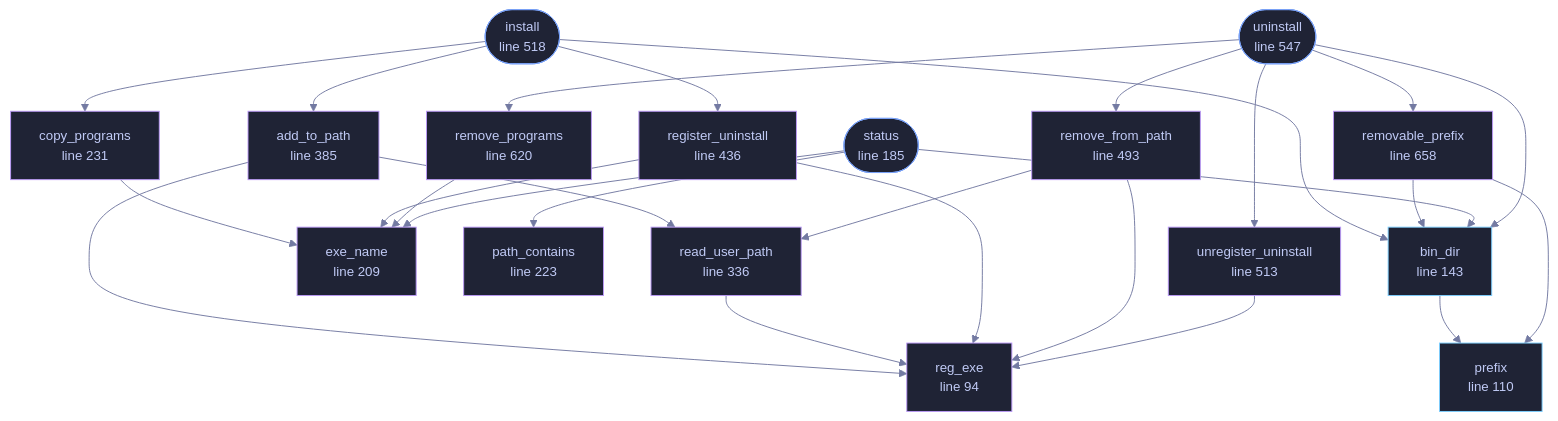
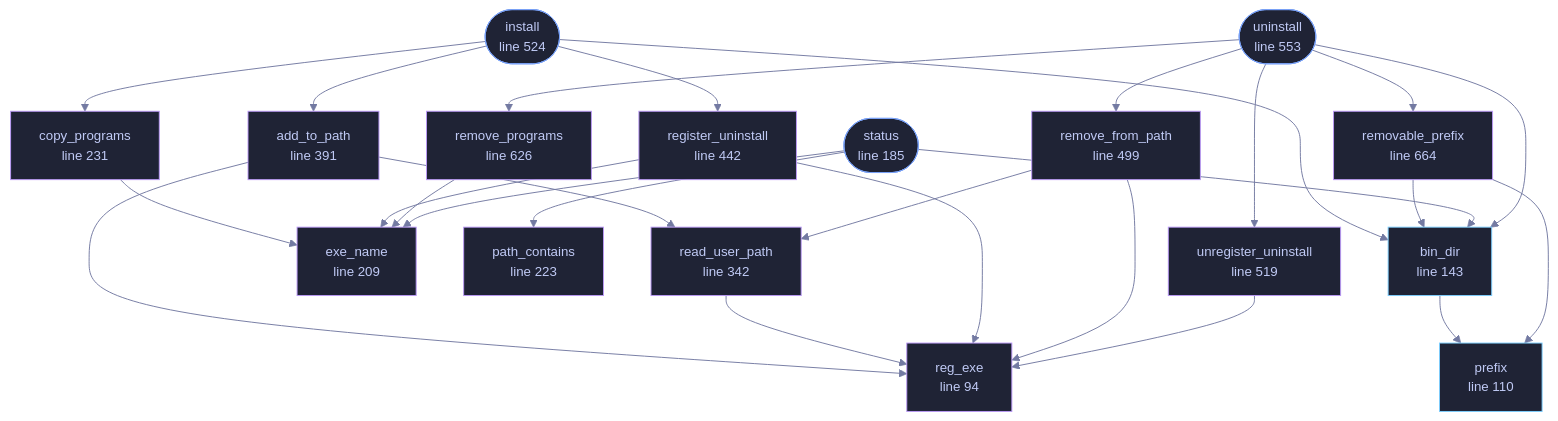
One commit to tilas01/veilvoice changed the diagram in docs/files/veilvoice-setup/install.md. Above: the diagram before and after it, drawn with Mermaid. The commit also changed other lines of this file and 85 other files, not shown here.

````diff
--- a/docs/files/veilvoice-setup/install.md
+++ b/docs/files/veilvoice-setup/install.md
@@ -131,75 +131,75 @@
 ```mermaid
 %%{init: {"theme":"base","themeVariables":{"background":"#1a1b26","primaryColor":"#1f2335","primaryTextColor":"#c0caf5","primaryBorderColor":"#7aa2f7","secondaryColor":"#16161e","tertiaryColor":"#16161e","lineColor":"#737aa2","textColor":"#c0caf5","mainBkg":"#1f2335","nodeBorder":"#7aa2f7","clusterBkg":"#16161e","clusterBorder":"#2f3549","fontFamily":"ui-monospace, SFMono-Regular, Consolas, monospace","fontSize":"14px"}}}%%
 flowchart TD
     n_reg_exe["reg_exe<br/>line 94"]
     n_prefix["prefix<br/>line 110"]
     n_bin_dir["bin_dir<br/>line 143"]
     n_status(["status<br/>line 185"])
     n_exe_name["exe_name<br/>line 209"]
     n_path_contains["path_contains<br/>line 223"]
     n_copy_programs["copy_programs<br/>line 231"]
     n_add_to_path["add_to_path<br/>line 274"]
-    n_read_user_path["read_user_path<br/>line 336"]
-    n_add_to_path["add_to_path<br/>line 385"]
-    n_register_uninstall["register_uninstall<br/>line 395"]
-    n_register_uninstall["register_uninstall<br/>line 436"]
-    n_remove_from_path["remove_from_path<br/>line 447"]
-    n_remove_from_path["remove_from_path<br/>line 493"]
-    n_unregister_uninstall["unregister_uninstall<br/>line 503"]
-    n_unregister_uninstall["unregister_uninstall<br/>line 513"]
-    n_install(["install<br/>line 518"])
-    n_uninstall(["uninstall<br/>line 547"])
-    n_remove_programs["remove_programs<br/>line 620"]
-    n_removable_prefix["removable_prefix<br/>line 658"]
+    n_read_user_path["read_user_path<br/>line 342"]
+    n_add_to_path["add_to_path<br/>line 391"]
+    n_register_uninstall["register_uninstall<br/>line 401"]
+    n_register_uninstall["register_uninstall<br/>line 442"]
+    n_remove_from_path["remove_from_path<br/>line 453"]
+    n_remove_from_path["remove_from_path<br/>line 499"]
+    n_unregister_uninstall["unregister_uninstall<br/>line 509"]
+    n_unregister_uninstall["unregister_uninstall<br/>line 519"]
+    n_install(["install<br/>line 524"])
+    n_uninstall(["uninstall<br/>line 553"])
+    n_remove_programs["remove_programs<br/>line 626"]
+    n_removable_prefix["removable_prefix<br/>line 664"]
     n_add_to_path --> n_read_user_path
     n_add_to_path --> n_reg_exe
     n_bin_dir --> n_prefix
     n_copy_programs --> n_exe_name
     n_install --> n_add_to_path
     n_install --> n_bin_dir
     n_install --> n_copy_programs
     n_install --> n_register_uninstall
     n_read_user_path --> n_reg_exe
     n_register_uninstall --> n_exe_name
     n_register_uninstall --> n_reg_exe
     n_removable_prefix --> n_bin_dir
     n_removable_prefix --> n_prefix
     n_remove_from_path --> n_read_user_path
     n_remove_from_path --> n_reg_exe
     n_remove_programs --> n_exe_name
     n_status --> n_bin_dir
     n_status --> n_exe_name
     n_status --> n_path_contains
     n_uninstall --> n_bin_dir
     n_uninstall --> n_removable_prefix
     n_uninstall --> n_remove_from_path
     n_uninstall --> n_remove_programs
     n_uninstall --> n_unregister_uninstall
     n_unregister_uninstall --> n_reg_exe
     click n_reg_exe href "https://github.com/tilas01/veilvoice/blob/main/crates/veilvoice-setup/src/install.rs#L94" "open the source"
     click n_prefix href "https://github.com/tilas01/veilvoice/blob/main/crates/veilvoice-setup/src/install.rs#L110" "open the source"
     click n_bin_dir href "https://github.com/tilas01/veilvoice/blob/main/crates/veilvoice-setup/src/install.rs#L143" "open the source"
     click n_status href "https://github.com/tilas01/veilvoice/blob/main/crates/veilvoice-setup/src/install.rs#L185" "open the source"
     click n_exe_name href "https://github.com/tilas01/veilvoice/blob/main/crates/veilvoice-setup/src/install.rs#L209" "open the source"
     click n_path_contains href "https://github.com/tilas01/veilvoice/blob/main/crates/veilvoice-setup/src/install.rs#L223" "open the source"
     click n_copy_programs href "https://github.com/tilas01/veilvoice/blob/main/crates/veilvoice-setup/src/install.rs#L231" "open the source"
     click n_add_to_path href "https://github.com/tilas01/veilvoice/blob/main/crates/veilvoice-setup/src/install.rs#L274" "open the source"
-    click n_read_user_path href "https://github.com/tilas01/veilvoice/blob/main/crates/veilvoice-setup/src/install.rs#L336" "open the source"
-    click n_add_to_path href "https://github.com/tilas01/veilvoice/blob/main/crates/veilvoice-setup/src/install.rs#L385" "open the source"
-    click n_register_uninstall href "https://github.com/tilas01/veilvoice/blob/main/crates/veilvoice-setup/src/install.rs#L395" "open the source"
-    click n_register_uninstall href "https://github.com/tilas01/veilvoice/blob/main/crates/veilvoice-setup/src/install.rs#L436" "open the source"
-    click n_remove_from_path href "https://github.com/tilas01/veilvoice/blob/main/crates/veilvoice-setup/src/install.rs#L447" "open the source"
-    click n_remove_from_path href "https://github.com/tilas01/veilvoice/blob/main/crates/veilvoice-setup/src/install.rs#L493" "open the source"
-    click n_unregister_uninstall href "https://github.com/tilas01/veilvoice/blob/main/crates/veilvoice-setup/src/install.rs#L503" "open the source"
-    click n_unregister_uninstall href "https://github.com/tilas01/veilvoice/blob/main/crates/veilvoice-setup/src/install.rs#L513" "open the source"
-    click n_install href "https://github.com/tilas01/veilvoice/blob/main/crates/veilvoice-setup/src/install.rs#L518" "open the source"
-    click n_uninstall href "https://github.com/tilas01/veilvoice/blob/main/crates/veilvoice-setup/src/install.rs#L547" "open the source"
-    click n_remove_programs href "https://github.com/tilas01/veilvoice/blob/main/crates/veilvoice-setup/src/install.rs#L620" "open the source"
-    click n_removable_prefix href "https://github.com/tilas01/veilvoice/blob/main/crates/veilvoice-setup/src/install.rs#L658" "open the source"
+    click n_read_user_path href "https://github.com/tilas01/veilvoice/blob/main/crates/veilvoice-setup/src/install.rs#L342" "open the source"
+    click n_add_to_path href "https://github.com/tilas01/veilvoice/blob/main/crates/veilvoice-setup/src/install.rs#L391" "open the source"
+    click n_register_uninstall href "https://github.com/tilas01/veilvoice/blob/main/crates/veilvoice-setup/src/install.rs#L401" "open the source"
+    click n_register_uninstall href "https://github.com/tilas01/veilvoice/blob/main/crates/veilvoice-setup/src/install.rs#L442" "open the source"
+    click n_remove_from_path href "https://github.com/tilas01/veilvoice/blob/main/crates/veilvoice-setup/src/install.rs#L453" "open the source"
+    click n_remove_from_path href "https://github.com/tilas01/veilvoice/blob/main/crates/veilvoice-setup/src/install.rs#L499" "open the source"
+    click n_unregister_uninstall href "https://github.com/tilas01/veilvoice/blob/main/crates/veilvoice-setup/src/install.rs#L509" "open the source"
+    click n_unregister_uninstall href "https://github.com/tilas01/veilvoice/blob/main/crates/veilvoice-setup/src/install.rs#L519" "open the source"
+    click n_install href "https://github.com/tilas01/veilvoice/blob/main/crates/veilvoice-setup/src/install.rs#L524" "open the source"
+    click n_uninstall href "https://github.com/tilas01/veilvoice/blob/main/crates/veilvoice-setup/src/install.rs#L553" "open the source"
+    click n_remove_programs href "https://github.com/tilas01/veilvoice/blob/main/crates/veilvoice-setup/src/install.rs#L626" "open the source"
+    click n_removable_prefix href "https://github.com/tilas01/veilvoice/blob/main/crates/veilvoice-setup/src/install.rs#L664" "open the source"
     classDef entry fill:#1f2335,stroke:#7aa2f7,color:#c0caf5
     class n_status,n_install,n_uninstall entry
     classDef api fill:#1f2335,stroke:#7dcfff,color:#c0caf5
     class n_prefix,n_bin_dir api
     classDef helper fill:#1f2335,stroke:#bb9af7,color:#c0caf5
     class n_reg_exe,n_exe_name,n_path_contains,n_copy_programs,n_add_to_path,n_read_user_path,n_add_to_path,n_register_uninstall,n_register_uninstall,n_remove_from_path,n_remove_from_path,n_unregister_uninstall,n_unregister_uninstall,n_remove_programs,n_removable_prefix helper
 ```
````
